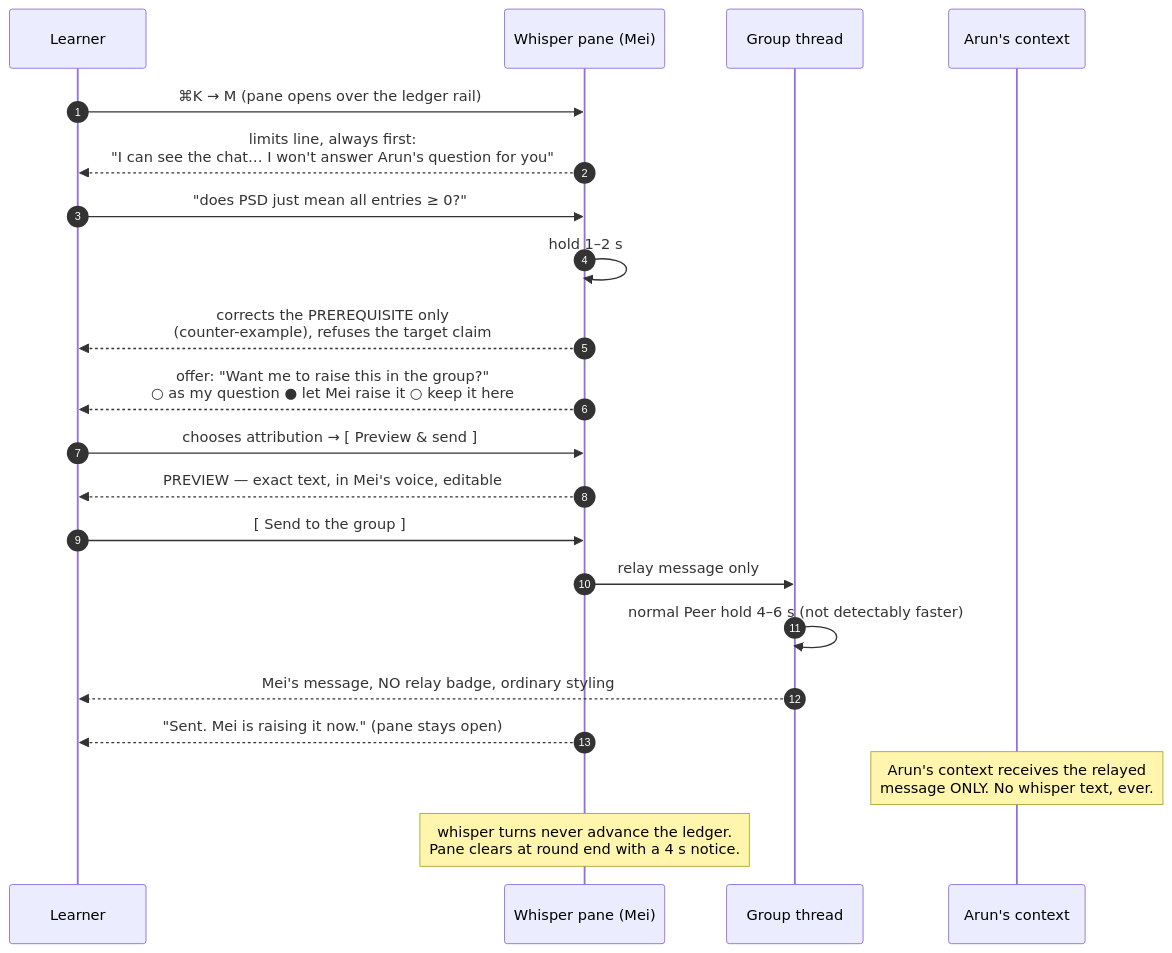
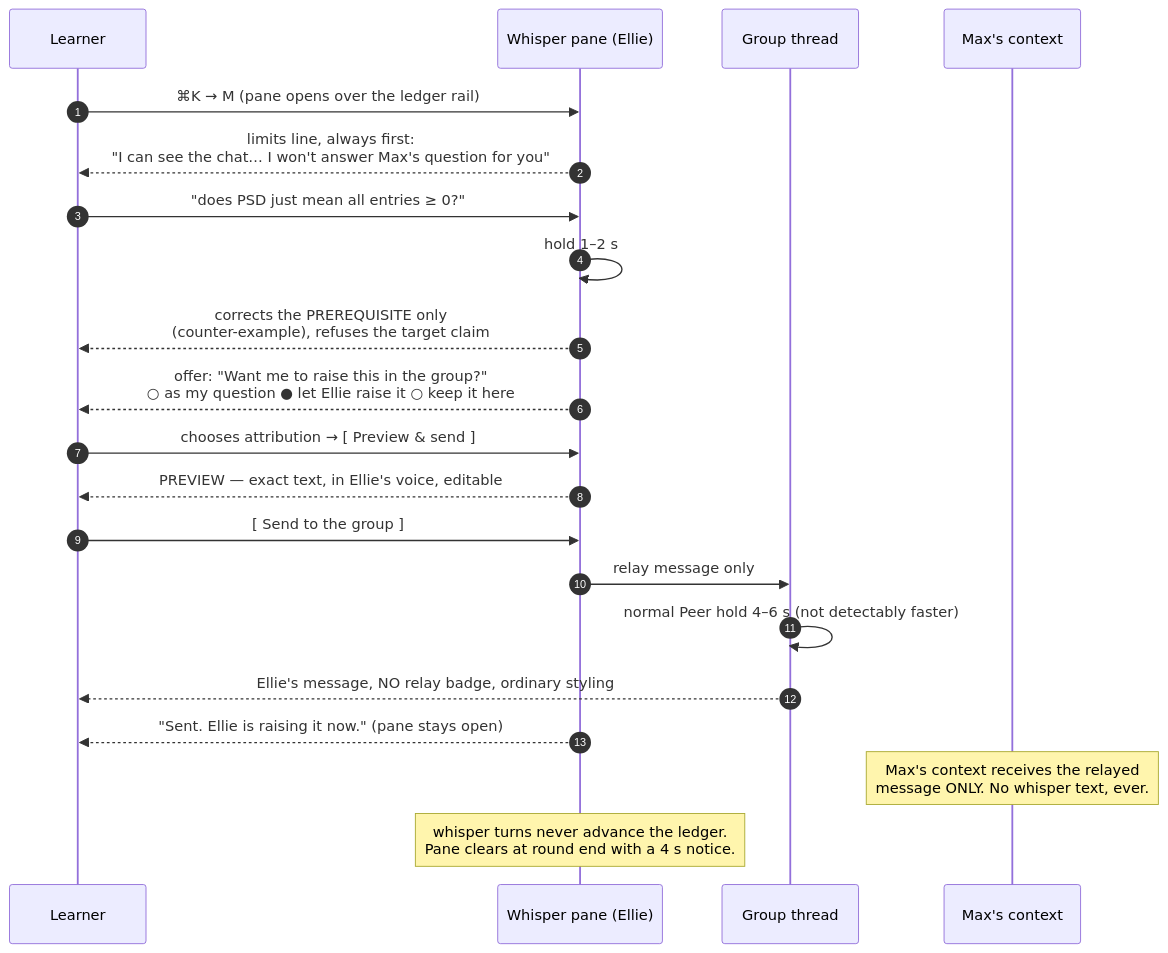
Before and after one commit to lucasisnotcool/ChatterED: the third of 5 diagrams in docs/research/product-design.md, drawn with Mermaid. The commit also changed other lines of this file and 7 other files, not shown here.

First line of the commit message:
Rename agents to Ellie (Peer), Max (Challenger), Theo (Tutee) across research docs

````diff
--- a/docs/research/product-design.md
+++ b/docs/research/product-design.md
@@ -1298,24 +1298,24 @@
 ```mermaid
 sequenceDiagram
     autonumber
     participant L as Learner
-    participant W as Whisper pane (Mei)
+    participant W as Whisper pane (Ellie)
     participant G as Group thread
-    participant AR as Arun's context
+    participant AR as Max's context
 
     L->>W: ⌘K → M (pane opens over the ledger rail)
-    W-->>L: limits line, always first:<br/>"I can see the chat… I won't answer Arun's question for you"
+    W-->>L: limits line, always first:<br/>"I can see the chat… I won't answer Max's question for you"
     L->>W: "does PSD just mean all entries ≥ 0?"
     W->>W: hold 1–2 s
     W-->>L: corrects the PREREQUISITE only<br/>(counter-example), refuses the target claim
-    W-->>L: offer: "Want me to raise this in the group?"<br/>○ as my question  ● let Mei raise it  ○ keep it here
+    W-->>L: offer: "Want me to raise this in the group?"<br/>○ as my question  ● let Ellie raise it  ○ keep it here
     L->>W: chooses attribution → [ Preview & send ]
-    W-->>L: PREVIEW — exact text, in Mei's voice, editable
+    W-->>L: PREVIEW — exact text, in Ellie's voice, editable
     L->>W: [ Send to the group ]
     W->>G: relay message only
     G->>G: normal Peer hold 4–6 s (not detectably faster)
-    G-->>L: Mei's message, NO relay badge, ordinary styling
-    W-->>L: "Sent. Mei is raising it now." (pane stays open)
-    Note over AR: Arun's context receives the relayed<br/>message ONLY. No whisper text, ever.
+    G-->>L: Ellie's message, NO relay badge, ordinary styling
+    W-->>L: "Sent. Ellie is raising it now." (pane stays open)
+    Note over AR: Max's context receives the relayed<br/>message ONLY. No whisper text, ever.
     Note over W: whisper turns never advance the ledger.<br/>Pane clears at round end with a 4 s notice.
 ```
````
